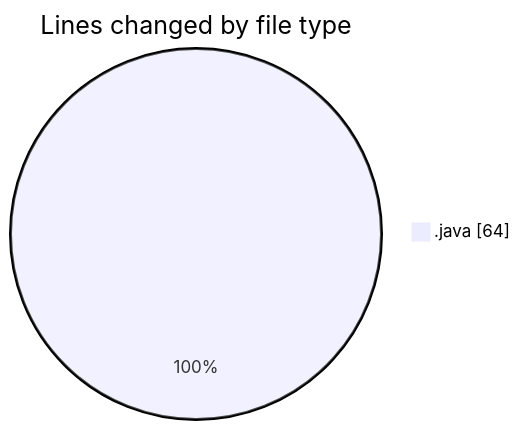
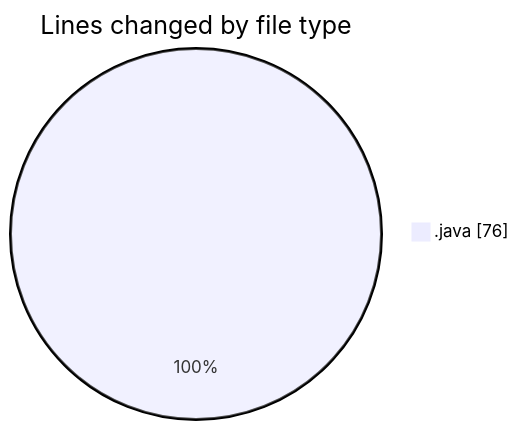
Before and after one commit to NitaiMahat/code-tracking: the first of 2 diagrams in 2025-02-21/project1/README.md, drawn with Mermaid. The commit also changed other lines of this file and 1 other file, not shown here.

````diff
--- a/2025-02-21/project1/README.md
+++ b/2025-02-21/project1/README.md
@@ -20,5 +20,5 @@
 ```mermaid
 pie showData
 title Lines changed by file type
-".java" : 64
+".java" : 76
 ```
````
